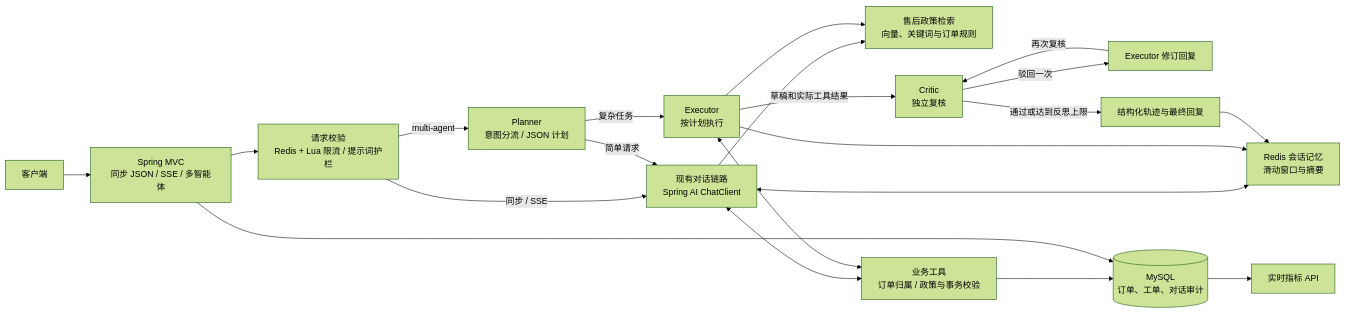
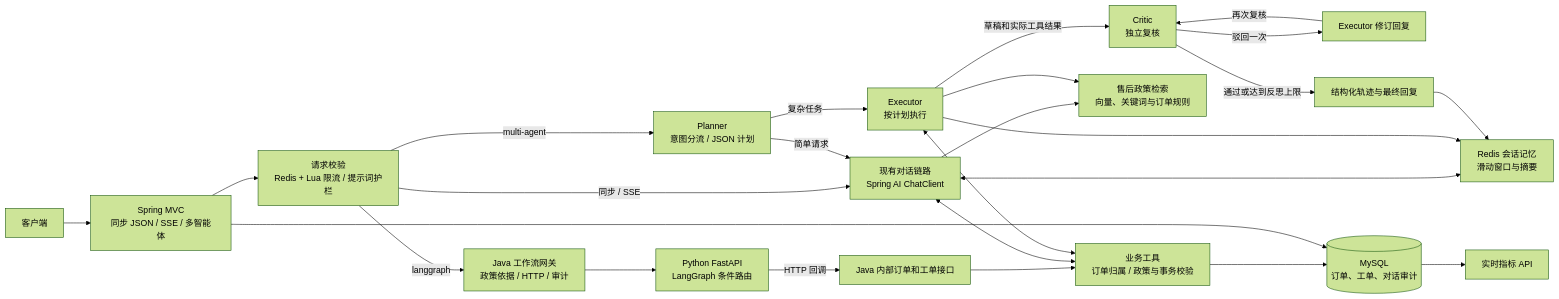
One commit to Brown3037/enterprise-copilot-agent changed the diagram in README.md. Above: the diagram before and after it, drawn with Mermaid (forest theme). The commit also changed other lines of this file and 22 other files, not shown here.

Commit message:
feat(langgraph): add Python LangChain/LangGraph workflow microservice with Java gateway bridge

````diff
--- a/README.md
+++ b/README.md
@@ -7,23 +7,27 @@
 ```mermaid
 flowchart LR
     Client["客户端"] --> API["Spring MVC<br/>同步 JSON / SSE / 多智能体"]
     API --> Guard["请求校验<br/>Redis + Lua 限流 / 提示词护栏"]
     Guard -->|同步 / SSE| Agent["现有对话链路<br/>Spring AI ChatClient"]
     Guard -->|multi-agent| Planner["Planner<br/>意图分流 / JSON 计划"]
+    Guard -->|langgraph| Bridge["Java 工作流网关<br/>政策依据 / HTTP / 审计"]
+    Bridge --> Graph["Python FastAPI<br/>LangGraph 条件路由"]
+    Graph -->|HTTP 回调| Internal["Java 内部订单和工单接口"]
+    Internal --> Tools
     Planner -->|简单请求| Agent
     Planner -->|复杂任务| Executor["Executor<br/>按计划执行"]
     Agent --> RAG["售后政策检索<br/>向量、关键词与订单规则"]
     Executor --> RAG
     Executor -->|草稿和实际工具结果| Critic["Critic<br/>独立复核"]
     Critic -->|驳回一次| Revision["Executor 修订回复"]
     Revision -->|再次复核| Critic
     Critic -->|通过或达到反思上限| Final["结构化轨迹与最终回复"]
     Agent <--> Memory["Redis 会话记忆<br/>滑动窗口与摘要"]
     Executor --> Memory
     Final --> Memory
     Agent <--> Tools["业务工具<br/>订单归属 / 政策与事务校验"]
     Executor <--> Tools
     Tools --> DB[("MySQL<br/>订单、工单、对话审计")]
     API --> DB
     DB --> Metrics["实时指标 API"]
 ```
````
